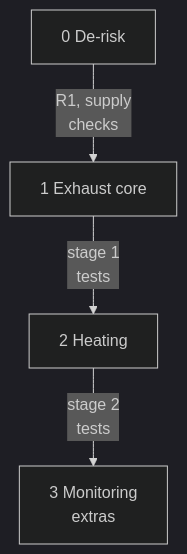
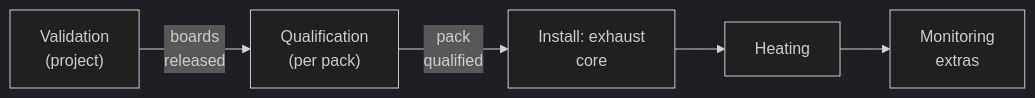
Before and after one commit to BashfulBits/3dp-fleet-exhaust: the sixth of 6 diagrams in docs/01_system_architecture.md, drawn with Mermaid (dark theme). The commit also changed other lines of this file and 57 other files, not shown here.

First line of the commit message:
D104/D105: split commissioning into validation, qualification, installation; fan packs

````diff
--- a/docs/01_system_architecture.md
+++ b/docs/01_system_architecture.md
@@ -266,6 +277,7 @@
 ```mermaid
-flowchart TB
-  S0["0 De-risk"] -->|"R1, supply<br>checks"| S1["1 Exhaust core"]
-  S1 -->|"stage 1<br>tests"| S2["2 Heating"]
-  S2 -->|"stage 2<br>tests"| S3["3 Monitoring<br>extras"]
+flowchart LR
+  V["Validation<br>(project)"] -->|"boards<br>released"| Q["Qualification<br>(per pack)"]
+  Q -->|"pack<br>qualified"| I1["Install: exhaust<br>core"]
+  I1 --> I2["Heating"]
+  I2 --> I3["Monitoring<br>extras"]
 ```
````
